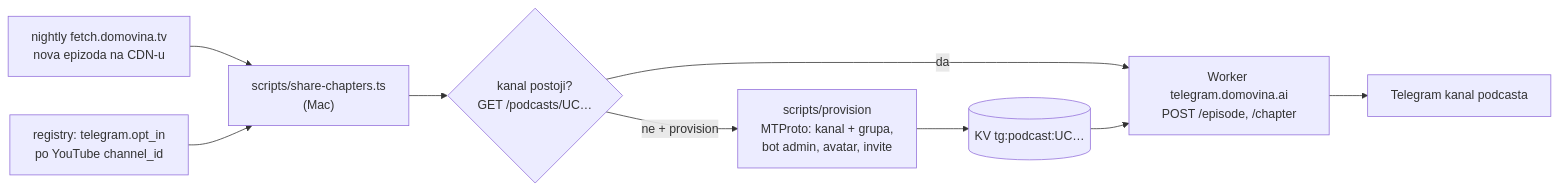
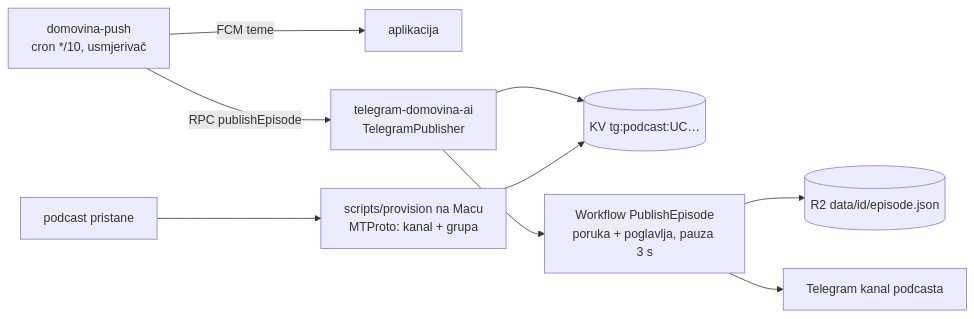
Before and after one commit to domovinatv/telegram.domovina.ai: the diagram in README.md, drawn with Mermaid. The commit also changed other lines of this file and 12 other files, not shown here.

First line of the commit message:
feat: Telegram dostavljač za domovina-push (RPC + Workflow)

````diff
--- a/README.md
+++ b/README.md
@@ -11,11 +15,11 @@
 ```mermaid
 flowchart LR
-  N["nightly fetch.domovina.tv<br/>nova epizoda na CDN-u"] --> L["scripts/share-chapters.ts<br/>(Mac)"]
-  R["registry: telegram.opt_in<br/>po YouTube channel_id"] --> L
-  L --> Q{"kanal postoji?<br/>GET /podcasts/UC…"}
-  Q -->|"ne + provision"| P["scripts/provision<br/>MTProto: kanal + grupa,<br/>bot admin, avatar, invite"]
-  P --> K[("KV tg:podcast:UC…")]
-  Q -->|da| W["Worker telegram.domovina.ai<br/>POST /episode, /chapter"]
-  K --> W
-  W --> T["Telegram kanal podcasta"]
+  P["domovina-push<br/>cron */10, usmjerivač"] -->|"FCM teme"| F["aplikacija"]
+  P -->|"RPC publishEpisode"| T["telegram-domovina-ai<br/>TelegramPublisher"]
+  T --> K[("KV tg:podcast:UC…")]
+  T --> W["Workflow PublishEpisode<br/>poruka + poglavlja, pauza 3 s"]
+  W --> R[("R2 data/id/episode.json")]
+  W --> C["Telegram kanal podcasta"]
+  V["podcast pristane"] --> M["scripts/provision na Macu<br/>MTProto: kanal + grupa"]
+  M --> K
 ```
````
